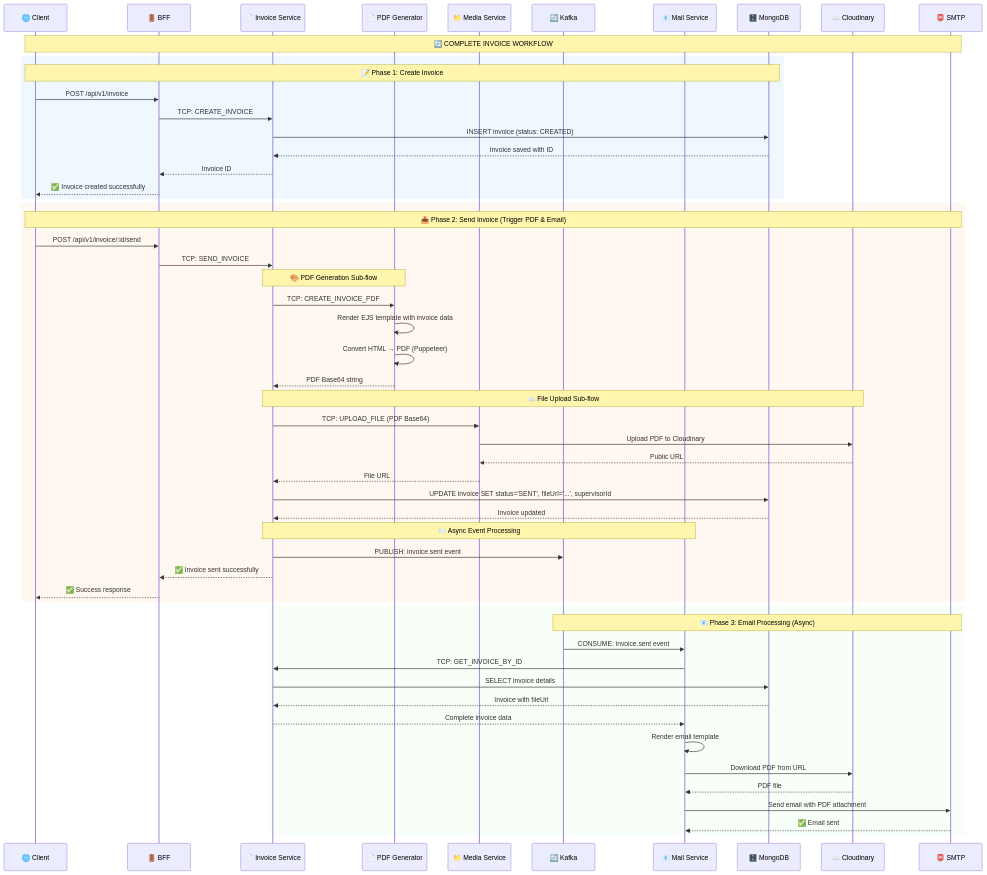
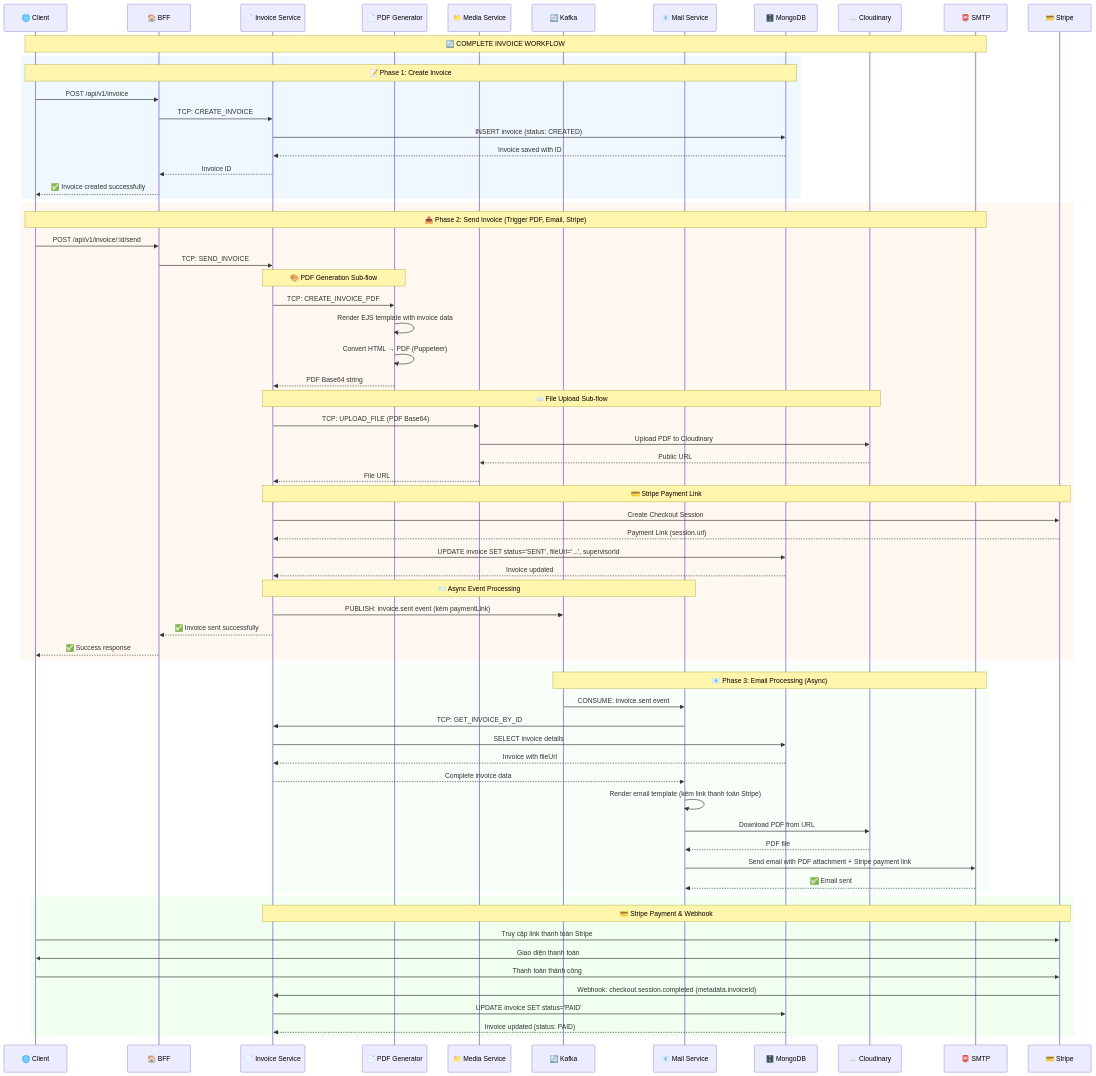
One commit to thanhmati/einvoice-backend changed the second of 7 diagrams in TEACHING_GUIDE.md. Above: the diagram before and after it, drawn with Mermaid. The commit also changed other lines of this file and 2 other files, not shown here.

Commit message:
Implement Stripe payment flow for invoices with webhook integration

````diff
--- a/TEACHING_GUIDE.md
+++ b/TEACHING_GUIDE.md
@@ -118,7 +118,7 @@
 ```mermaid
 sequenceDiagram
     participant C as 🌐 Client
-    participant B as 🚪 BFF
+    participant B as 🏠 BFF
     participant I as 📄 Invoice Service
     participant P as 📄 PDF Generator
     participant M as 📁 Media Service
@@ -127,6 +127,7 @@
     participant DB as 🗄️ MongoDB
     participant Cloud as ☁️ Cloudinary
     participant SMTP as 📮 SMTP
+    participant Stripe as 💳 Stripe
 
     Note over C,SMTP: 🔄 COMPLETE INVOICE WORKFLOW
 
@@ -141,9 +142,9 @@
         B-->>C: ✅ Invoice created successfully
     end
 
-    %% 2. Send Invoice (Complex Flow)
+    %% 2. Send Invoice (Trigger PDF + Email + Stripe Payment)
     rect rgb(255, 248, 240)
-        Note over C,SMTP: 📤 Phase 2: Send Invoice (Trigger PDF & Email)
+        Note over C,SMTP: 📤 Phase 2: Send Invoice (Trigger PDF, Email, Stripe)
         C->>B: POST /api/v1/invoice/:id/send
         B->>I: TCP: SEND_INVOICE
         
@@ -161,13 +162,18 @@
         Cloud-->>M: Public URL
         M-->>I: File URL
         
+        %% Stripe Payment Link
+        Note over I,Stripe: 💳 Stripe Payment Link
+        I->>Stripe: Create Checkout Session
+        Stripe-->>I: Payment Link (session.url)
+        
         %% Update Database
         I->>DB: UPDATE invoice SET status='SENT', fileUrl='...', supervisorId
         DB-->>I: Invoice updated
         
         %% Kafka Event
         Note over I,Mail: 📨 Async Event Processing
-        I->>K: PUBLISH: invoice.sent event
+        I->>K: PUBLISH: invoice.sent event (kèm paymentLink)
         I-->>B: ✅ Invoice sent successfully
         B-->>C: ✅ Success response
     end
@@ -181,10 +187,21 @@
         DB-->>I: Invoice with fileUrl
         I-->>Mail: Complete invoice data
         
-        Mail->>Mail: Render email template
+        Mail->>Mail: Render email template (kèm link thanh toán Stripe)
         Mail->>Cloud: Download PDF from URL
         Cloud-->>Mail: PDF file
-        Mail->>SMTP: Send email with PDF attachment
+        Mail->>SMTP: Send email with PDF attachment + Stripe payment link
         SMTP-->>Mail: ✅ Email sent
     end
+
+    %% 4. Stripe Payment & Webhook
+    rect rgb(240,255,240)
+        Note over Stripe,I: 💳 Stripe Payment & Webhook
+        C->>Stripe: Truy cập link thanh toán Stripe
+        Stripe->>C: Giao diện thanh toán
+        C->>Stripe: Thanh toán thành công
+        Stripe->>I: Webhook: checkout.session.completed (metadata.invoiceId)
+        I->>DB: UPDATE invoice SET status='PAID'
+        DB-->>I: Invoice updated (status: PAID)
+    end
 ```
````
